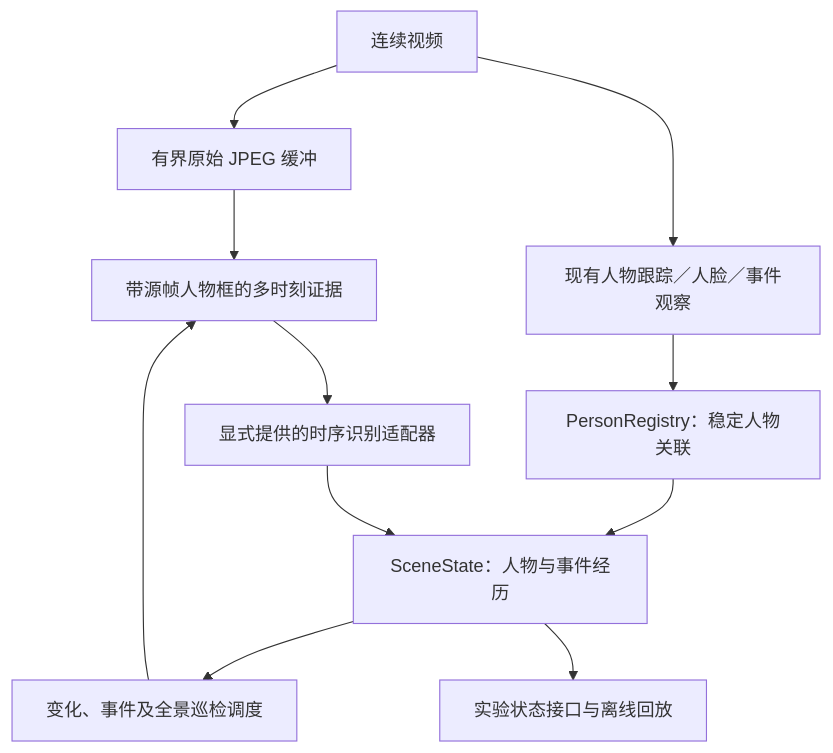
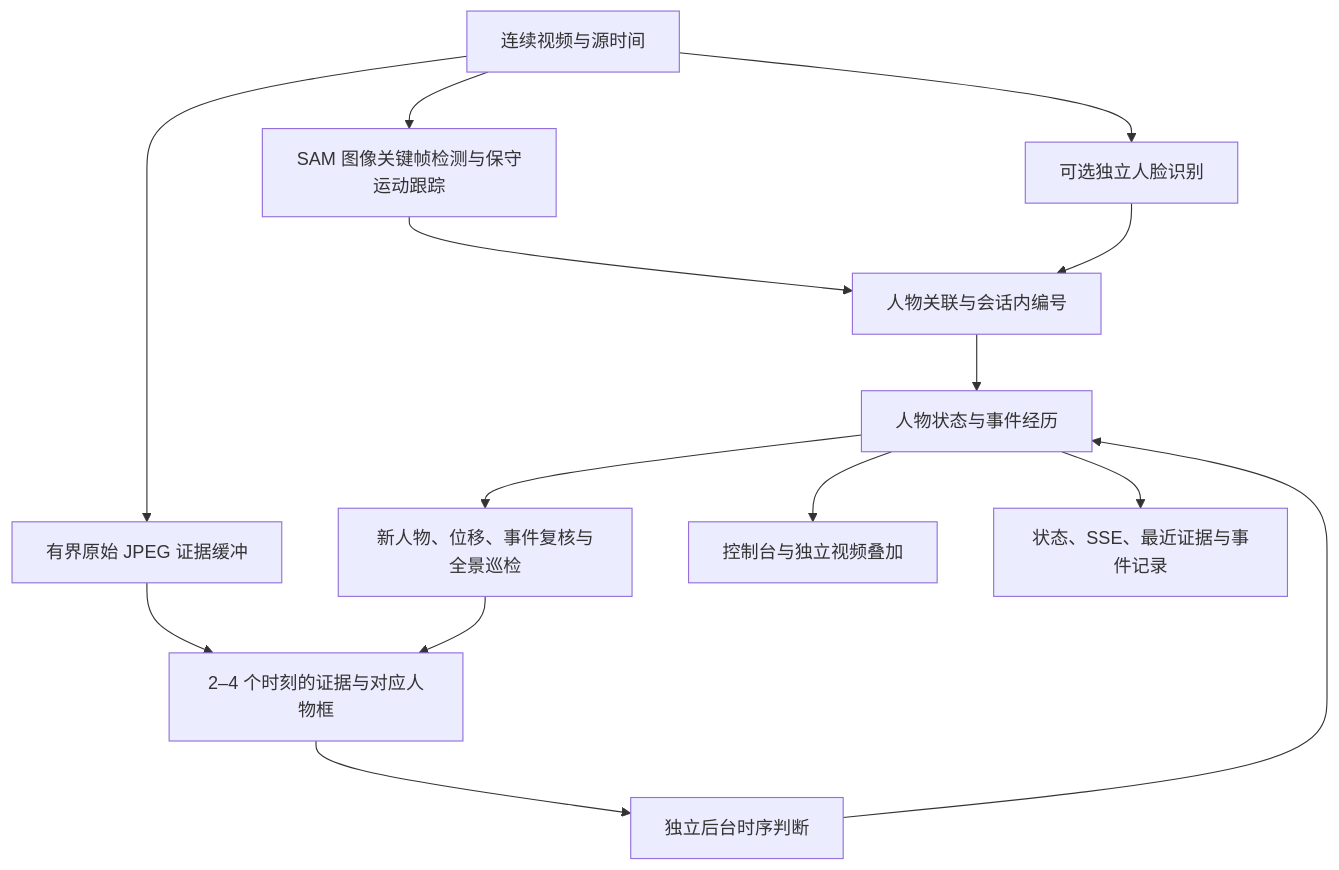
Before and after one commit to Numaira-Technology/goodvision-harness: the diagram in docs/architecture/entity-event-engine.md, drawn with Mermaid. The commit also changed other lines of this file and 37 other files, not shown here.

````diff
--- a/docs/architecture/entity-event-engine.md
+++ b/docs/architecture/entity-event-engine.md
@@ -15,13 +27,16 @@
 ```mermaid
 flowchart TD
-    Video[连续视频] --> Buffer[有界原始 JPEG 缓冲]
-    Video --> Existing[现有人物跟踪／人脸／事件观察]
-    Existing --> Registry[PersonRegistry：稳定人物关联]
-    Registry --> Scene[SceneState：人物与事件经历]
-    Scene --> Planner[变化、事件及全景巡检调度]
-    Buffer --> Jobs[带源帧人物框的多时刻证据]
-    Planner --> Jobs
-    Jobs --> Inspector[显式提供的时序识别适配器]
-    Inspector --> Scene
-    Scene --> API[实验状态接口与离线回放]
+    Source[连续视频与源时间] --> SAM[SAM 图像关键帧检测与保守运动跟踪]
+    Source --> Buffer[有界原始 JPEG 证据缓冲]
+    Source --> Face[可选独立人脸识别]
+    SAM --> Registry[人物关联与会话内编号]
+    Face --> Registry
+    Registry --> Scene[人物状态与事件经历]
+    Scene --> Planner[新人物、位移、事件复核与全景巡检]
+    Buffer --> Job[2–4 个时刻的证据与对应人物框]
+    Planner --> Job
+    Job --> VLM[独立后台时序判断]
+    VLM --> Scene
+    Scene --> UI[控制台与独立视频叠加]
+    Scene --> API[状态、SSE、最近证据与事件记录]
 ```
````
